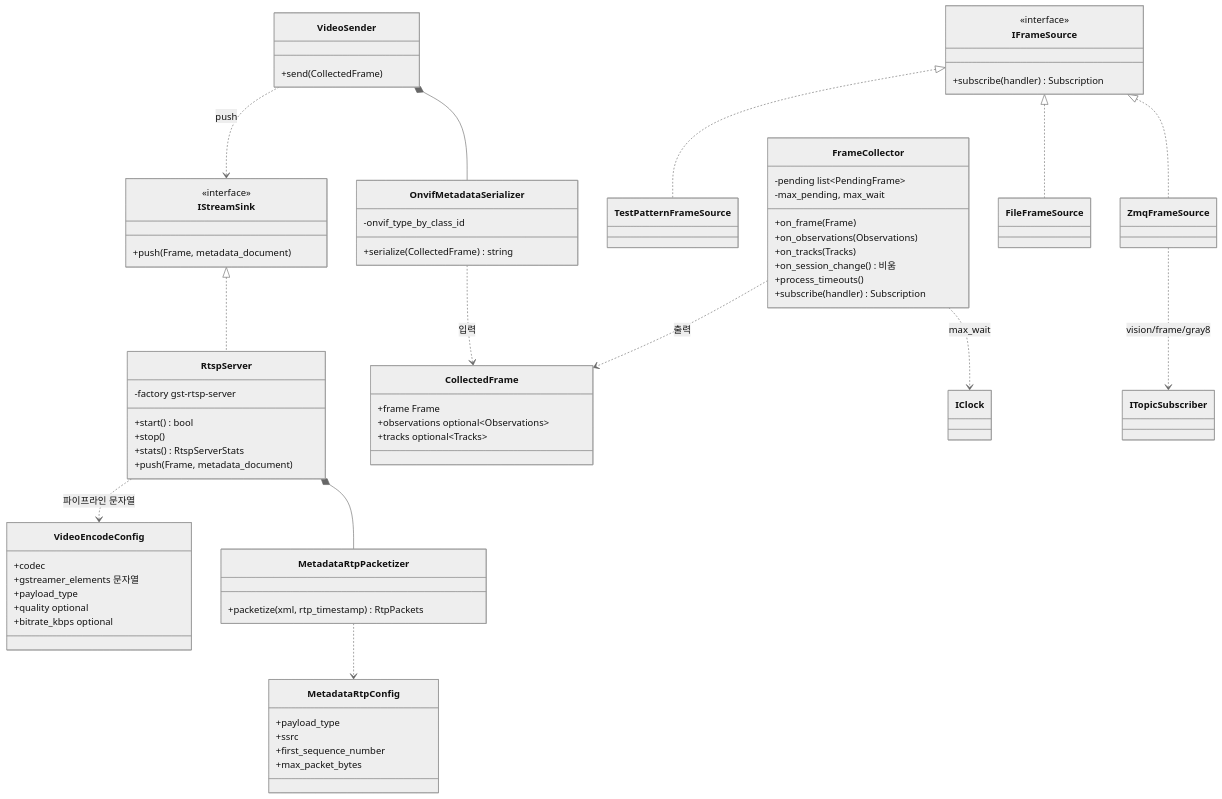
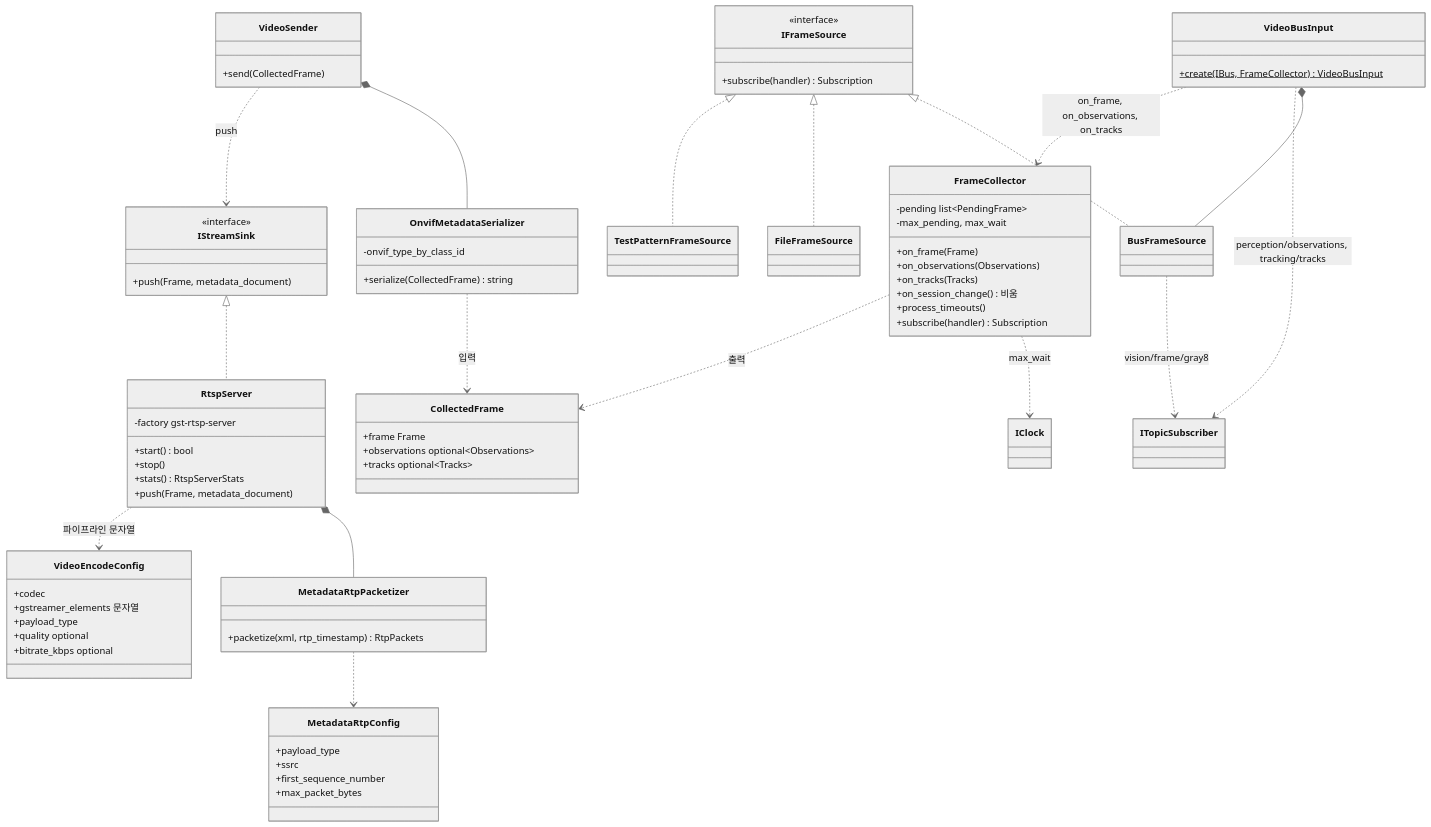
The first of 2 diagrams in docs/design/uml/class_video.md (lig-argus/argus-edge-vision), drawn with Mermaid (neutral theme) before and after one commit. The commit also changed other lines of this file and 25 other files, not shown here.

First line of the commit message:
feat(onboard): 영상 송신부에 bus 입력 추가 (perception_api_bus) (#102)

````diff
--- a/docs/design/uml/class_video.md
+++ b/docs/design/uml/class_video.md
@@ -12,73 +12,79 @@
 ```mermaid
 classDiagram
     class IFrameSource {
         <<interface>>
         +subscribe(handler) Subscription
     }
-    class ZmqFrameSource
+    class BusFrameSource
     class FileFrameSource
     class TestPatternFrameSource
     class FrameCollector {
         -pending list~PendingFrame~
         -max_pending, max_wait
         +on_frame(Frame)
         +on_observations(Observations)
         +on_tracks(Tracks)
         +on_session_change() 비움
         +process_timeouts()
         +subscribe(handler) Subscription
     }
     class CollectedFrame {
         +frame Frame
         +observations optional~Observations~
         +tracks optional~Tracks~
     }
     class OnvifMetadataSerializer {
         -onvif_type_by_class_id
         +serialize(CollectedFrame) string
     }
     class MetadataRtpPacketizer {
         +packetize(xml, rtp_timestamp) RtpPackets
     }
     class MetadataRtpConfig {
         +payload_type
         +ssrc
         +first_sequence_number
         +max_packet_bytes
     }
     class VideoEncodeConfig {
         +codec
         +gstreamer_elements 문자열
         +payload_type
         +quality optional
         +bitrate_kbps optional
     }
     class IStreamSink {
         <<interface>>
         +push(Frame, metadata_document)
     }
     class RtspServer {
         -factory gst-rtsp-server
         +start() bool
         +stop()
         +stats() RtspServerStats
         +push(Frame, metadata_document)
     }
     class VideoSender {
         +send(CollectedFrame)
     }
+    class VideoBusInput {
+        +create(IBus, FrameCollector)$ VideoBusInput
+    }
 
-    IFrameSource <|.. ZmqFrameSource
+    IFrameSource <|.. BusFrameSource
     IFrameSource <|.. FileFrameSource
     IFrameSource <|.. TestPatternFrameSource
-    ZmqFrameSource ..> ITopicSubscriber : vision/frame/gray8
+    BusFrameSource ..> ITopicSubscriber : vision/frame/gray8
+    VideoBusInput *-- BusFrameSource
+    VideoBusInput ..> ITopicSubscriber : perception/observations, tracking/tracks
+    VideoBusInput ..> FrameCollector : on_frame, on_observations, on_tracks
     FrameCollector ..> IClock : max_wait
     FrameCollector ..> CollectedFrame : 출력
     OnvifMetadataSerializer ..> CollectedFrame : 입력
     MetadataRtpPacketizer ..> MetadataRtpConfig
     VideoSender *-- OnvifMetadataSerializer
     IStreamSink <|.. RtspServer
     VideoSender ..> IStreamSink : push
     RtspServer *-- MetadataRtpPacketizer
     RtspServer ..> VideoEncodeConfig : 파이프라인 문자열
 ```
````
